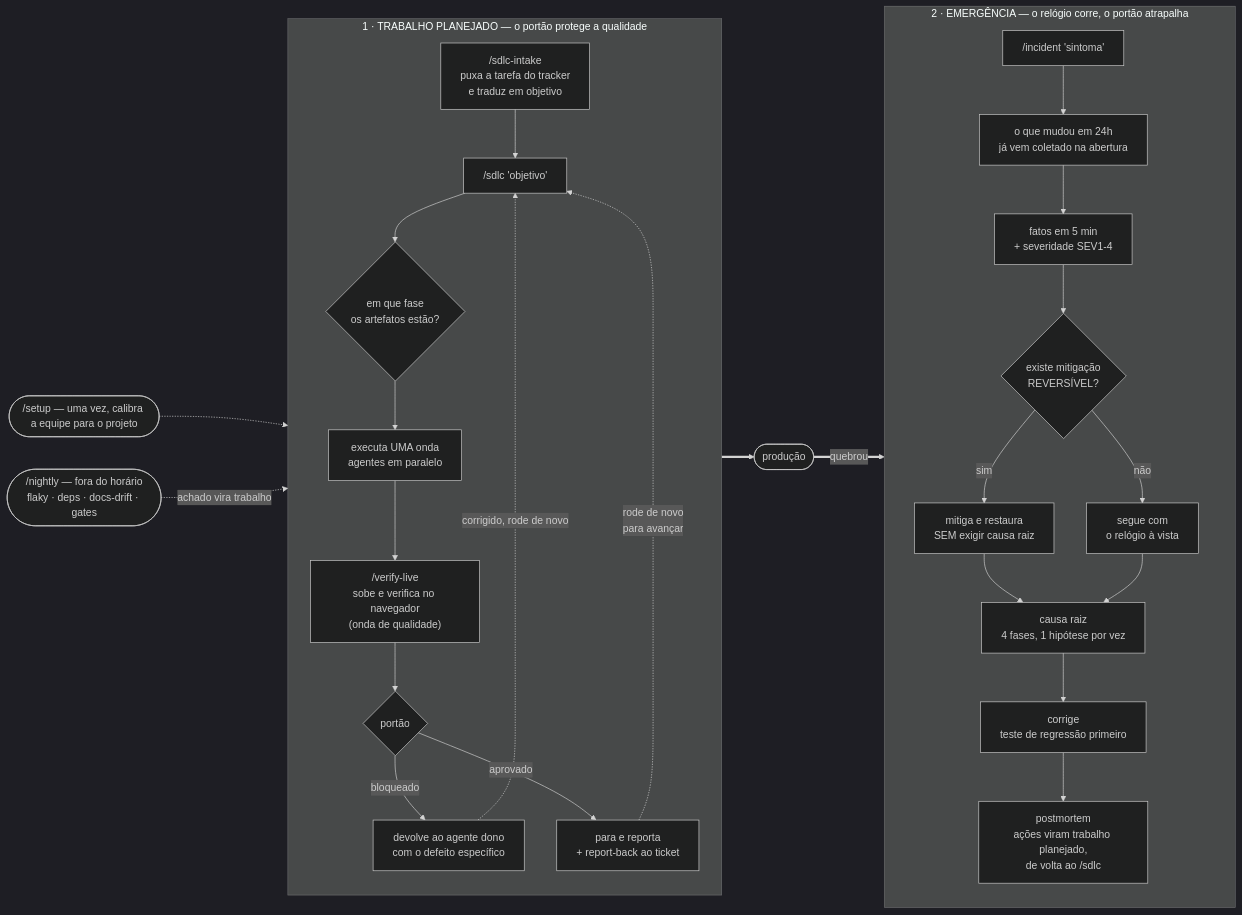
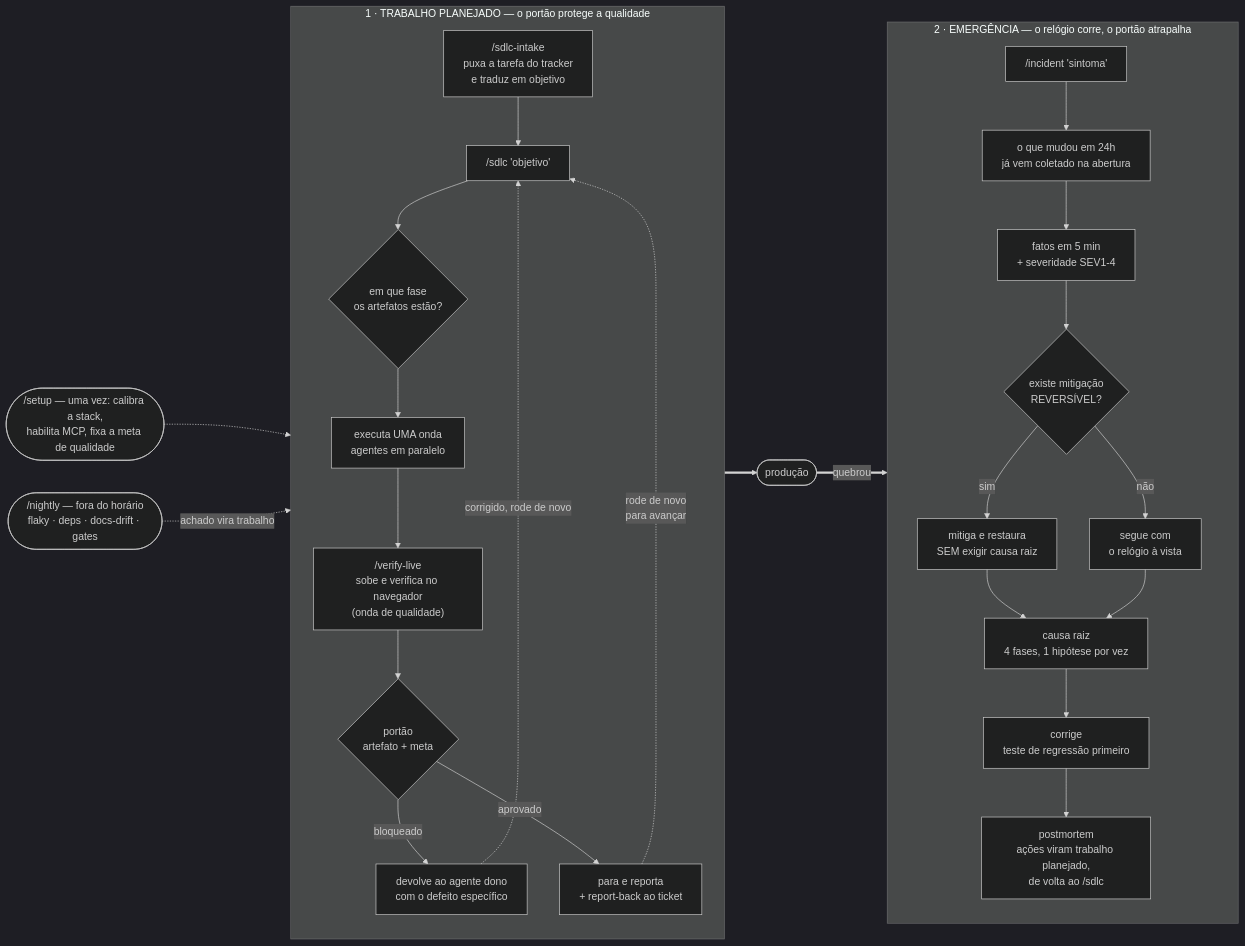
The diagram in README.md (Joaooh98/ai), drawn with Mermaid (dark theme) before and after one commit. The commit also changed other lines of this file and 9 other files, not shown here.

First line of the commit message:
docs: diagramas atualizados, e o terceiro ganha fonte versionada

````diff
--- a/README.md
+++ b/README.md
@@ -232,35 +244,35 @@
 ```mermaid
 flowchart LR
-    SETUP(["/setup — uma vez, calibra a equipe para o projeto"]) -.-> A
+    SETUP(["/setup — uma vez: calibra a stack,<br/>habilita MCP, fixa a meta de qualidade"]) -.-> A
 
     subgraph PLAN["1 · TRABALHO PLANEJADO — o portão protege a qualidade"]
         direction TB
         T["/sdlc-intake<br/>puxa a tarefa do tracker<br/>e traduz em objetivo"] --> A["/sdlc 'objetivo'"]
         A --> B{"em que fase<br/>os artefatos estão?"}
         B --> C["executa UMA onda<br/>agentes em paralelo"]
         C --> V["/verify-live<br/>sobe e verifica no navegador<br/>(onda de qualidade)"]
-        V --> D{"portão"}
+        V --> D{"portão<br/>artefato + meta"}
         D -->|bloqueado| F["devolve ao agente dono<br/>com o defeito específico"]
         D -->|aprovado| E["para e reporta<br/>+ report-back ao ticket"]
         F -. "corrigido, rode de novo" .-> A
         E -. "rode de novo<br/>para avançar" .-> A
     end
 
     E ==> P(["produção"])
     P == "quebrou" ==> G
 
     subgraph EMERG["2 · EMERGÊNCIA — o relógio corre, o portão atrapalha"]
         direction TB
         G["/incident 'sintoma'"] --> H["o que mudou em 24h<br/>já vem coletado na abertura"]
         H --> I["fatos em 5 min<br/>+ severidade SEV1-4"]
         I --> J{"existe mitigação<br/>REVERSÍVEL?"}
         J -->|sim| K["mitiga e restaura<br/>SEM exigir causa raiz"]
         J -->|não| L["segue com<br/>o relógio à vista"]
         K --> M["causa raiz<br/>4 fases, 1 hipótese por vez"]
         L --> M
         M --> N["corrige<br/>teste de regressão primeiro"]
         N --> O["postmortem<br/>ações viram trabalho planejado,<br/>de volta ao /sdlc"]
     end
 
     NIGHT(["/nightly — fora do horário<br/>flaky · deps · docs-drift · gates"]) -. "achado vira trabalho" .-> T
 ```
````
